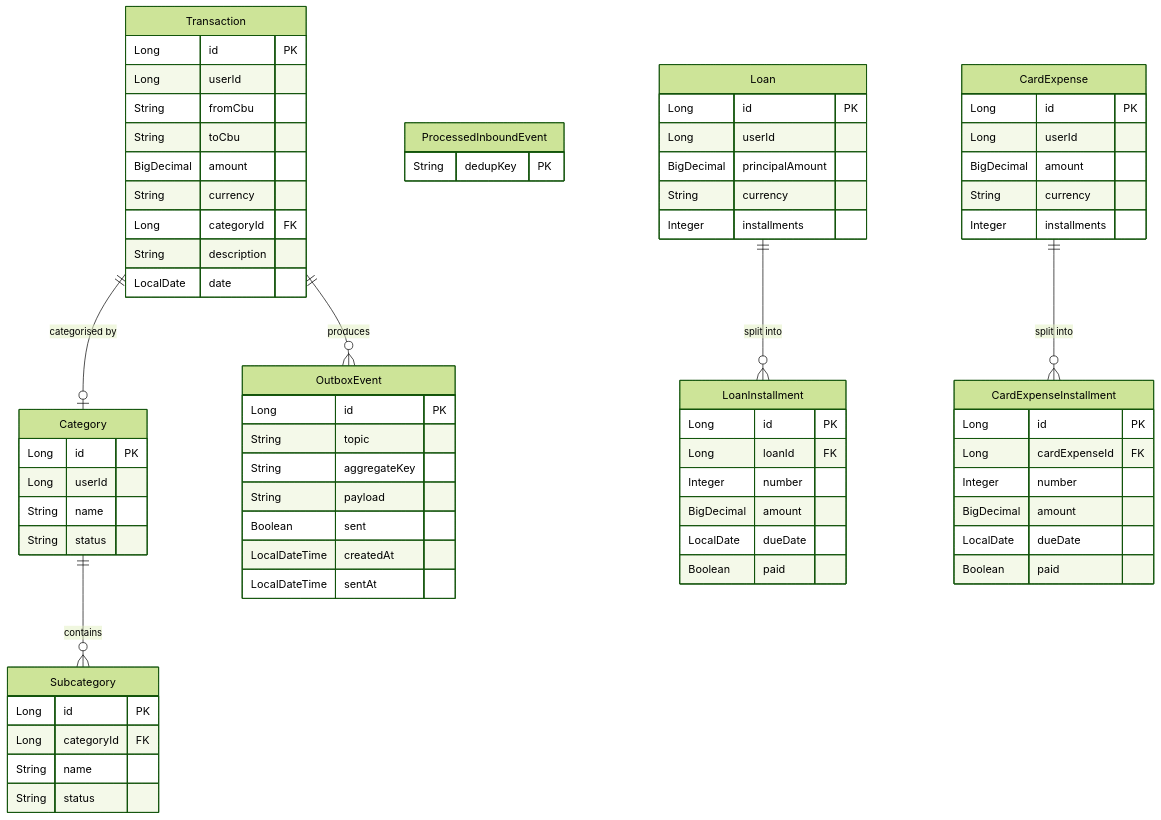
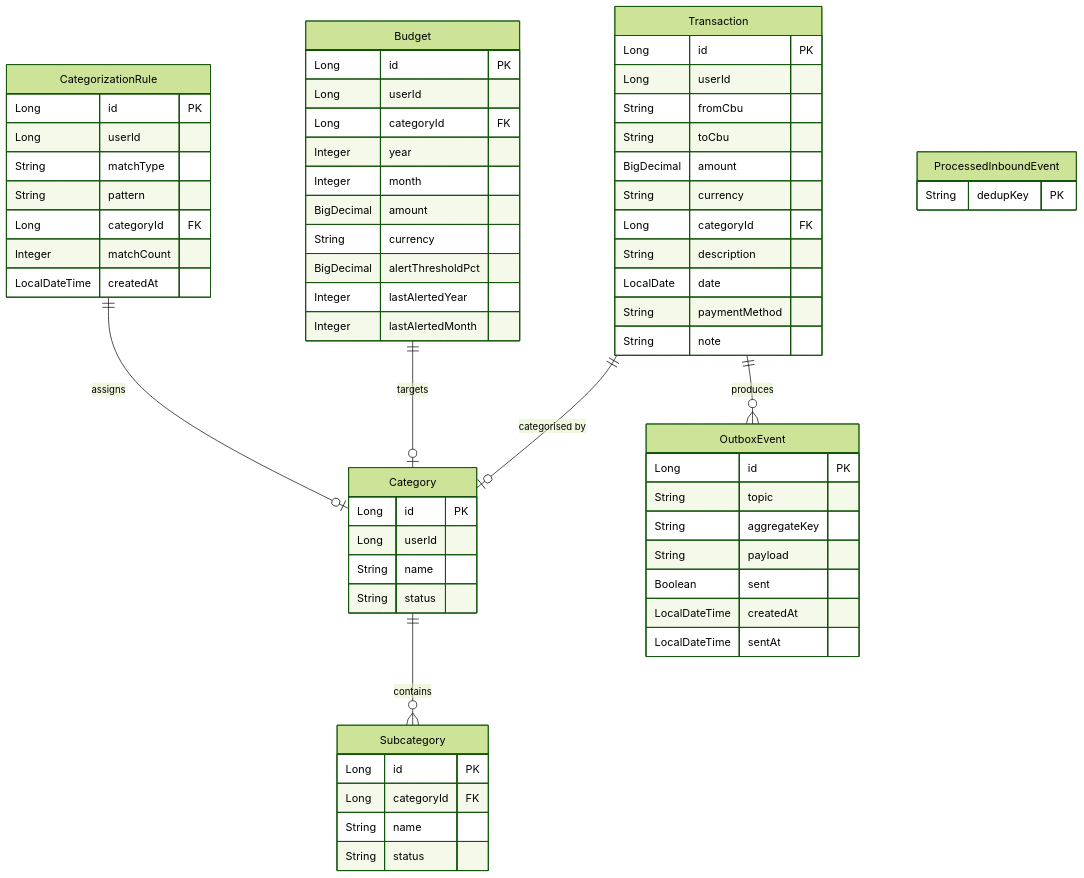
The second of 2 diagrams in docs/specs/services/ms-finances.md (Sergio-Smirnoff/financial-app), drawn with Mermaid (forest theme) before and after one commit. The commit also changed 8 other files, not shown here.

````diff
--- a/docs/specs/services/ms-finances.md
+++ b/docs/specs/services/ms-finances.md
@@ -201,74 +201,67 @@
 ```mermaid
 erDiagram
     Transaction {
         Long id PK
         Long userId
         String fromCbu
         String toCbu
         BigDecimal amount
         String currency
         Long categoryId FK
         String description
         LocalDate date
+        String paymentMethod
+        String note
+    }
+    Budget {
+        Long id PK
+        Long userId
+        Long categoryId FK
+        Integer year
+        Integer month
+        BigDecimal amount
+        String currency
+        BigDecimal alertThresholdPct
+        Integer lastAlertedYear
+        Integer lastAlertedMonth
+    }
+    CategorizationRule {
+        Long id PK
+        Long userId
+        String matchType
+        String pattern
+        Long categoryId FK
+        Integer matchCount
+        LocalDateTime createdAt
     }
     Category {
         Long id PK
         Long userId
         String name
         String status
     }
     Subcategory {
         Long id PK
         Long categoryId FK
         String name
         String status
     }
     OutboxEvent {
         Long id PK
         String topic
         String aggregateKey
         String payload
         Boolean sent
         LocalDateTime createdAt
         LocalDateTime sentAt
     }
     ProcessedInboundEvent {
         String dedupKey PK
     }
-    Loan {
-        Long id PK
-        Long userId
-        BigDecimal principalAmount
-        String currency
-        Integer installments
-    }
-    LoanInstallment {
-        Long id PK
-        Long loanId FK
-        Integer number
-        BigDecimal amount
-        LocalDate dueDate
-        Boolean paid
-    }
-    CardExpense {
-        Long id PK
-        Long userId
-        BigDecimal amount
-        String currency
-        Integer installments
-    }
-    CardExpenseInstallment {
-        Long id PK
-        Long cardExpenseId FK
-        Integer number
-        BigDecimal amount
-        LocalDate dueDate
-        Boolean paid
-    }
 
     Transaction ||--o| Category : "categorised by"
     Category ||--o{ Subcategory : "contains"
+    Budget ||--o| Category : "targets"
+    CategorizationRule ||--o| Category : "assigns"
     Transaction ||--o{ OutboxEvent : "produces"
-    Loan ||--o{ LoanInstallment : "split into"
-    CardExpense ||--o{ CardExpenseInstallment : "split into"
 ```
````
